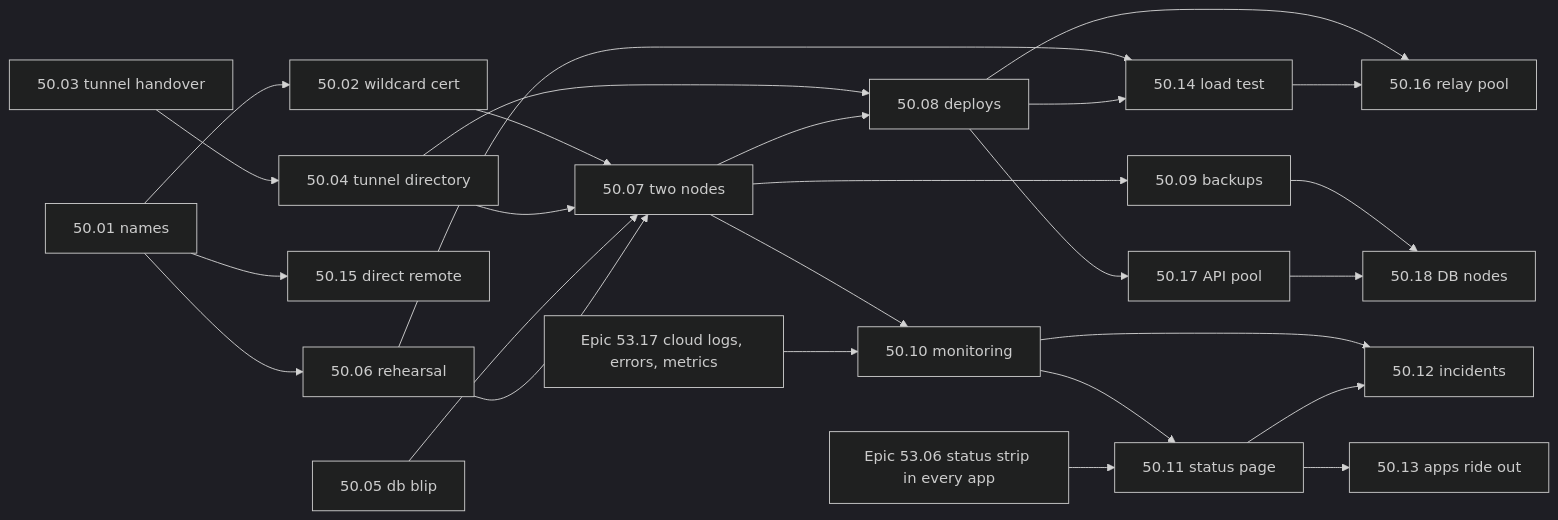
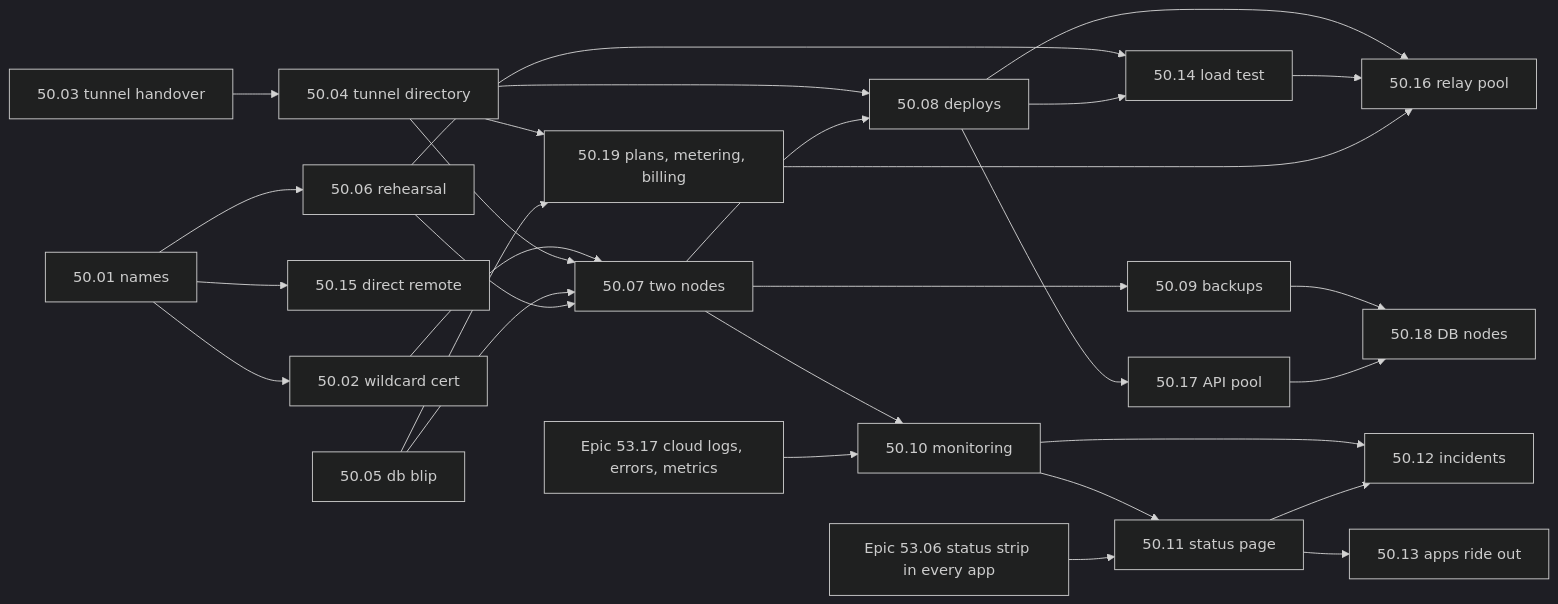
Before and after one commit to Hamza-Labs-Core/Maktaba: the diagram in specs/epics/50-cloud-no-downtime/README.md, drawn with Mermaid (dark theme). The commit also changed other lines of this file and 55 other files, not shown here.

````diff
--- a/specs/epics/50-cloud-no-downtime/README.md
+++ b/specs/epics/50-cloud-no-downtime/README.md
@@ -348,28 +356,31 @@
 ```mermaid
 graph LR
   S01[50.01 names] --> S02[50.02 wildcard cert]
   S01 --> S06[50.06 rehearsal]
   S01 --> S15[50.15 direct remote]
   S03[50.03 tunnel handover] --> S04[50.04 tunnel directory]
   S02 --> S07[50.07 two nodes]
   S04 --> S07
   S05[50.05 db blip] --> S07
   S06 --> S07
   S04 --> S08[50.08 deploys]
   S07 --> S08
   S07 --> S09[50.09 backups]
   S07 --> S10[50.10 monitoring]
   S10 --> S11[50.11 status page]
   E53_17[Epic 53.17 cloud logs, errors, metrics] --> S10
   E53_06[Epic 53.06 status strip in every app] --> S11
   S10 --> S12[50.12 incidents]
   S11 --> S12
   S11 --> S13[50.13 apps ride out]
   S06 --> S14[50.14 load test]
   S08 --> S14
   S08 --> S16[50.16 relay pool]
   S14 --> S16
   S08 --> S17[50.17 API pool]
   S09 --> S18[50.18 DB nodes]
   S17 --> S18
+  S04 --> S19[50.19 plans, metering, billing]
+  S05 --> S19
+  S19 --> S16
 ```
````
